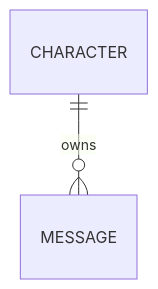
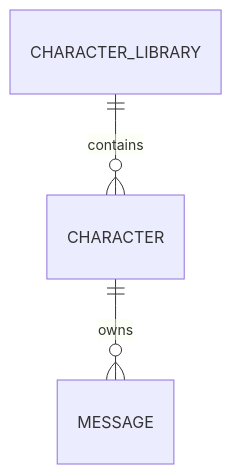
Before and after one commit to pppxxxy/easychat2: the second of 2 diagrams in .monkeycode/docs/专有概念/角色.md, drawn with Mermaid. The commit also changed other lines of this file and 8 other files, not shown here.

First line of the commit message:
docs: sync project wiki with the character library

````diff
--- a/.monkeycode/docs/专有概念/角色.md
+++ b/.monkeycode/docs/专有概念/角色.md
@@ -89,4 +99,5 @@
 ```mermaid
 erDiagram
+    CHARACTER_LIBRARY ||--o{ CHARACTER : contains
     CHARACTER ||--o{ MESSAGE : owns
 ```
````
